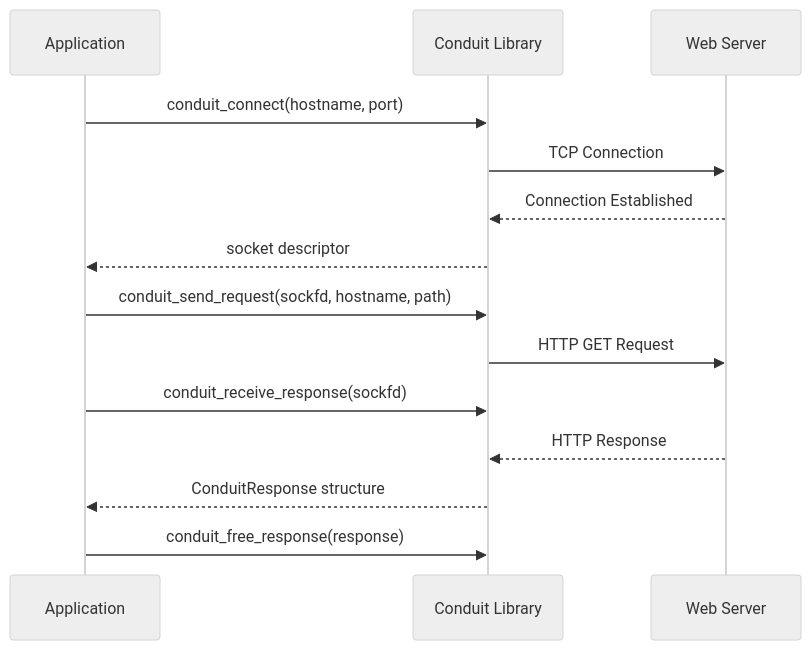
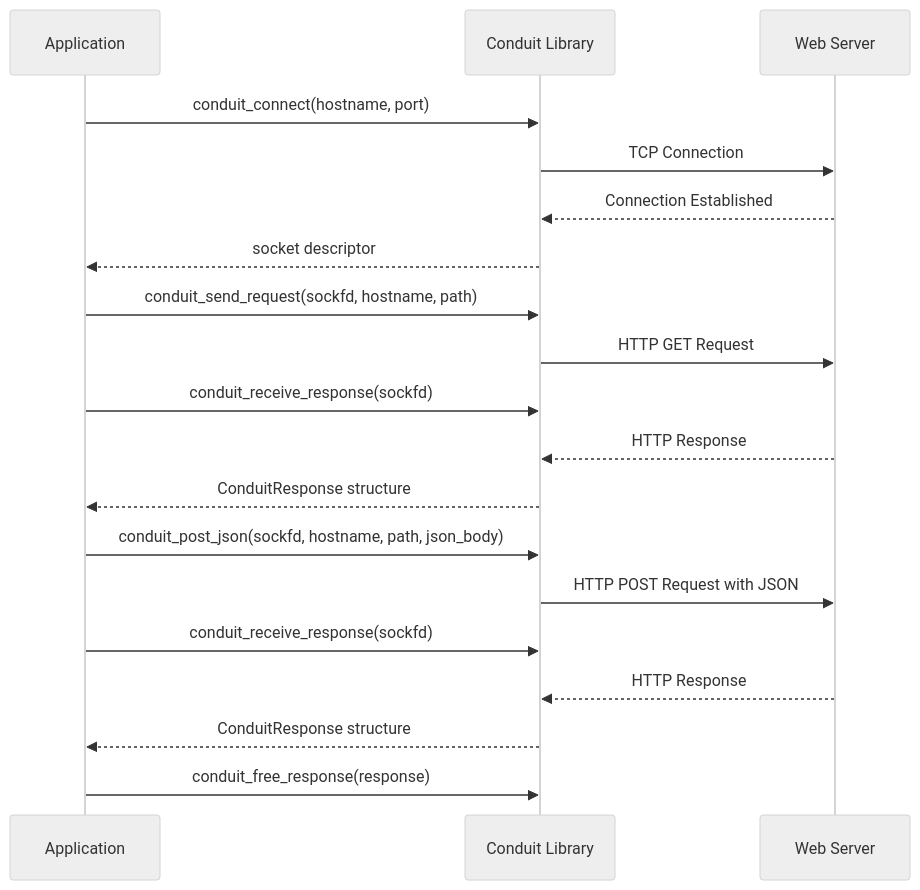
Before and after one commit to fernkit/conduit: the diagram in README.md, drawn with Mermaid (neutral theme). The commit also changed other lines of this file and 8 other files, not shown here.

Commit message:
feat(.): simple json post requests

````diff
--- a/README.md
+++ b/README.md
@@ -28,16 +29,27 @@
 ```mermaid
 sequenceDiagram
  participant App as Application
  participant Conduit as Conduit Library
  participant Server as Web Server
+ 
+ %% GET Request Flow
  App->>Conduit: conduit_connect(hostname, port)
  Conduit->>Server: TCP Connection
  Server-->>Conduit: Connection Established
  Conduit-->>App: socket descriptor
+ 
  App->>Conduit: conduit_send_request(sockfd, hostname, path)
  Conduit->>Server: HTTP GET Request
  App->>Conduit: conduit_receive_response(sockfd)
  Server-->>Conduit: HTTP Response
  Conduit-->>App: ConduitResponse structure
+ 
+ %% POST Request Flow
+ App->>Conduit: conduit_post_json(sockfd, hostname, path, json_body)
+ Conduit->>Server: HTTP POST Request with JSON
+ App->>Conduit: conduit_receive_response(sockfd)
+ Server-->>Conduit: HTTP Response
+ Conduit-->>App: ConduitResponse structure
+ 
  App->>Conduit: conduit_free_response(response)
 ```
````
